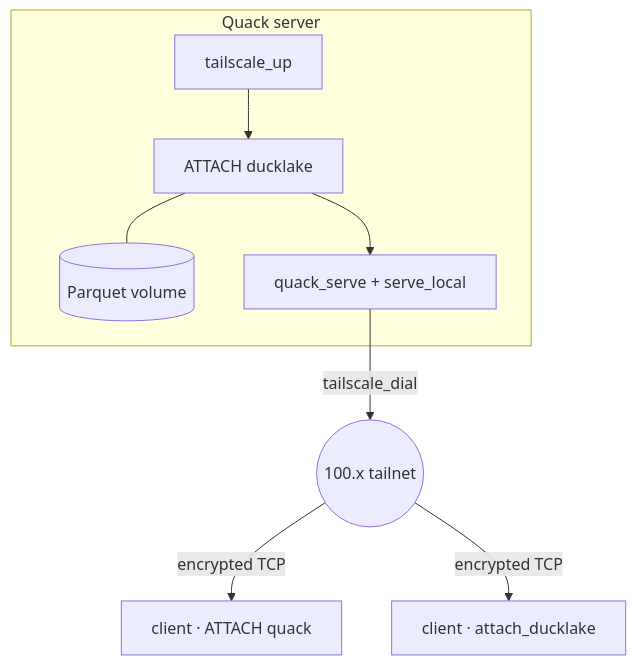
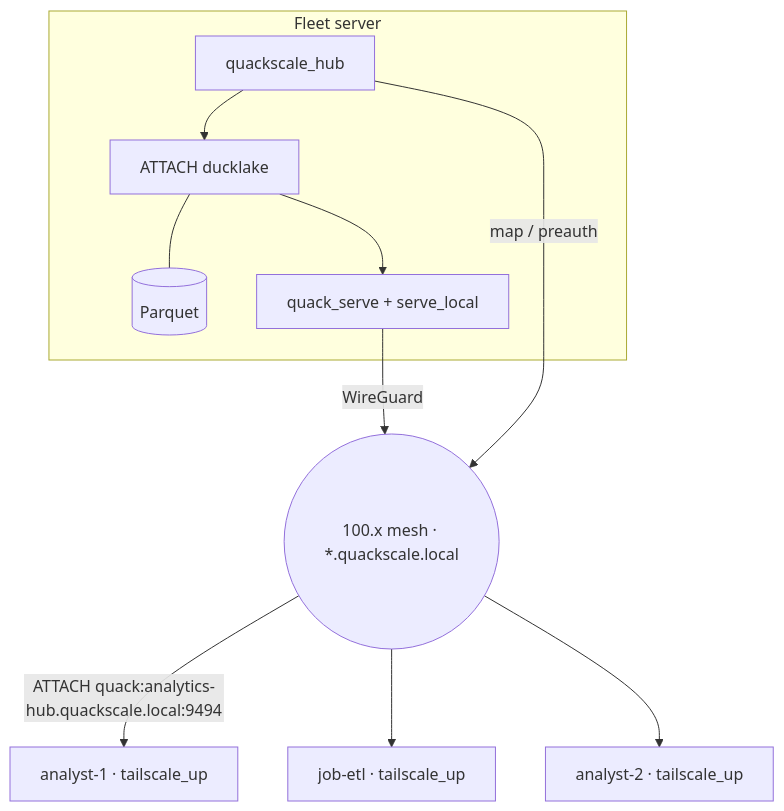
Before and after one commit to Query-farm/quackscale: the diagram in README.md, drawn with Mermaid. The commit also changed other lines of this file and 26 other files, not shown here.

````diff
--- a/README.md
+++ b/README.md
@@ -103,22 +120,24 @@
 ```mermaid
 flowchart TB
-    subgraph server["Quack server"]
-        s1[tailscale_up]
+    subgraph server["Fleet server"]
+        s1[quackscale_hub]
         dl[ATTACH ducklake]
-        pq[(Parquet volume)]
+        pq[(Parquet)]
         sq[quack_serve + serve_local]
         s1 --> dl
         dl --- pq
         dl --> sq
     end
 
-    m((100.x tailnet))
+    m((100.x mesh · *.quackscale.local))
+    s1 -->|map / preauth| m
+    sq -->|WireGuard| m
 
-    sq -->|tailscale_dial| m
+    c1["analyst-1 · tailscale_up"]
+    c2["job-etl · tailscale_up"]
+    c3["analyst-2 · tailscale_up"]
 
-    c1["client · ATTACH quack"]
-    c2["client · attach_ducklake"]
-
-    m -->|encrypted TCP| c1
-    m -->|encrypted TCP| c2
+    m -->|ATTACH quack:analytics-hub.quackscale.local:9494| c1
+    m --> c2
+    m --> c3
 ```
````
